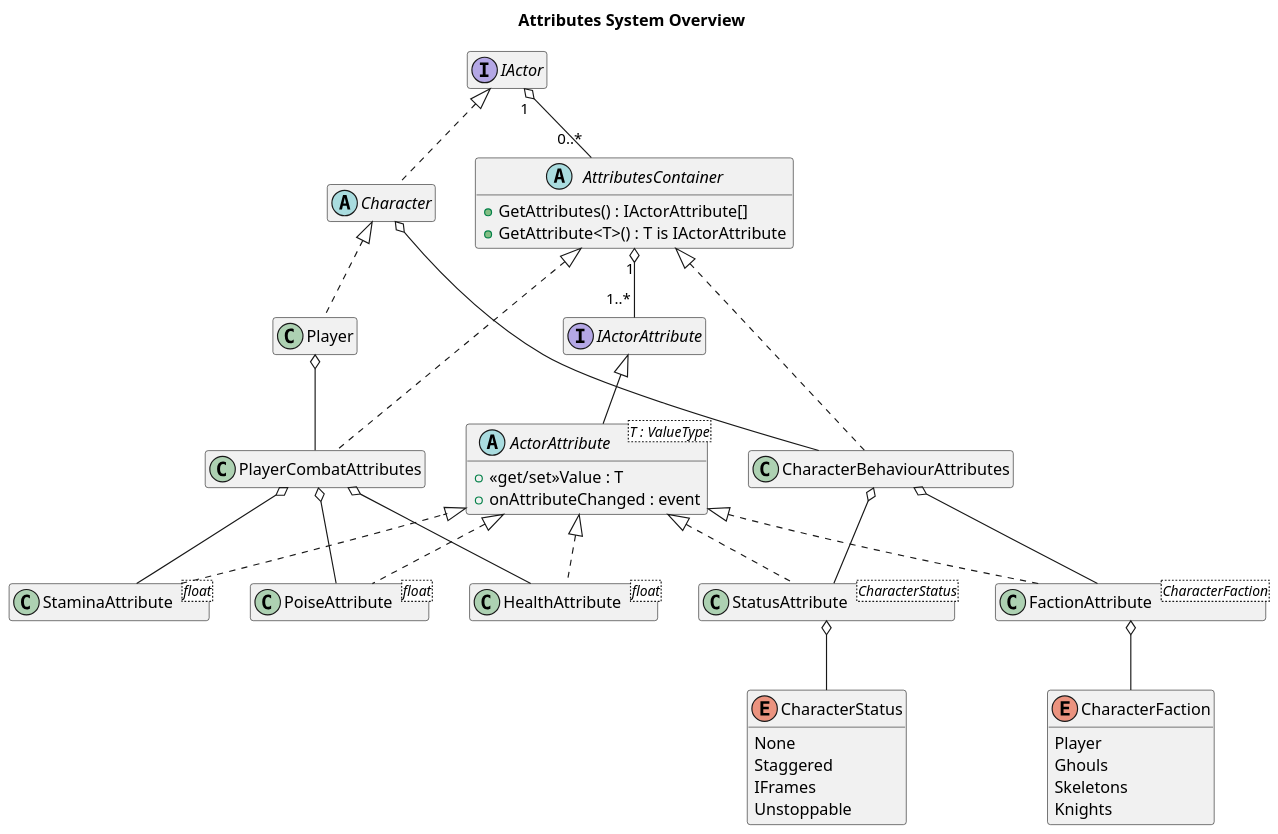
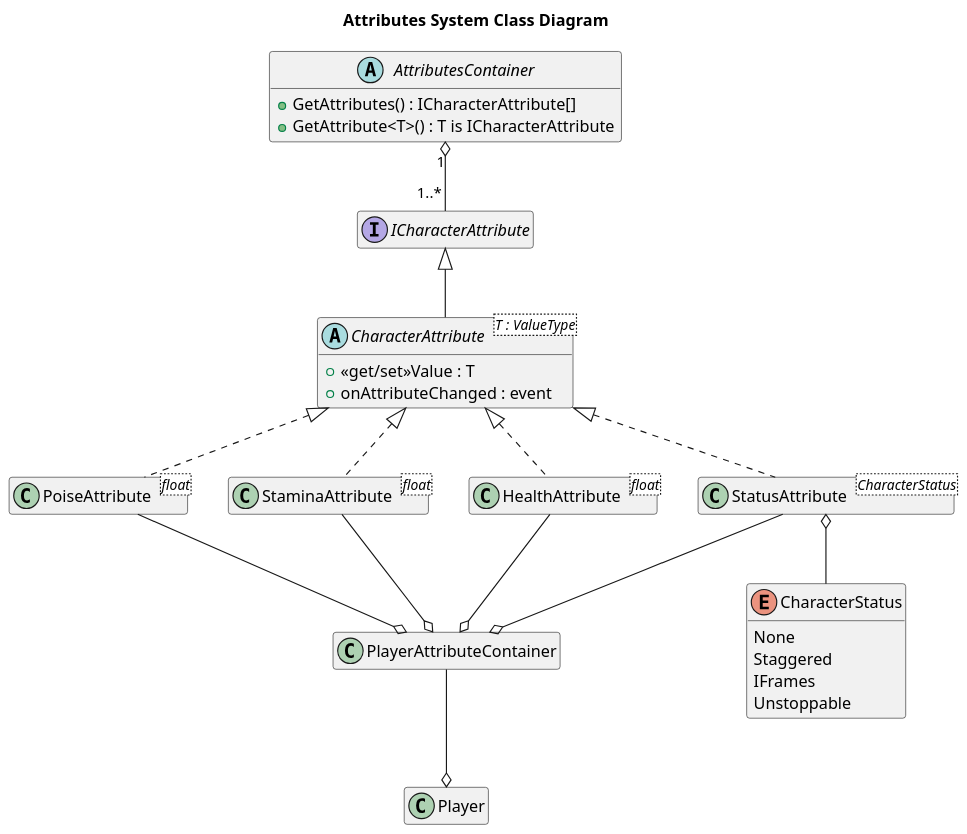
The diagram in docs/uml/Attributes.puml (leotgo/bright-souls), drawn with PlantUML before and after one commit. The commit also changed 4 other files, not shown here.

Commit message:
Update UML diagrams

```diff
--- a/docs/uml/Attributes.puml
+++ b/docs/uml/Attributes.puml
@@ -1,59 +1,42 @@
 @startuml Attributes
-title Attributes System Overview
+title Attributes System Class Diagram
 
-interface IActor 
-IActor "1" o-- "0..*" AttributesContainer
+class Player
+Player o-u- PlayerAttributeContainer
 
-abstract Character implements IActor
-Character o-- CharacterBehaviourAttributes
-
-class Player implements Character
-Player o-- PlayerCombatAttributes
-
-interface IActorAttribute
-abstract ActorAttribute<T : ValueType> extends IActorAttribute  {
+interface ICharacterAttribute {
+}
+abstract CharacterAttribute<T : ValueType> extends ICharacterAttribute  {
     +<<get/set>>Value : T
     +onAttributeChanged : event
 }
 
-class HealthAttribute<float> implements ActorAttribute 
-class StaminaAttribute<float> implements ActorAttribute 
-class PoiseAttribute<float> implements ActorAttribute
-
-enum CharacterFaction {
-    Player
-    Ghouls
-    Skeletons
-    Knights
-}
-class FactionAttribute<CharacterFaction> implements ActorAttribute
-FactionAttribute o-- CharacterFaction
+class HealthAttribute<float> implements CharacterAttribute
+class StaminaAttribute<float> implements CharacterAttribute
+class PoiseAttribute<float> implements CharacterAttribute
 
 enum CharacterStatus {
     None
     Staggered
     IFrames
     Unstoppable
 }
-class StatusAttribute<CharacterStatus> implements ActorAttribute
+class StatusAttribute<CharacterStatus> implements CharacterAttribute
 StatusAttribute o-- CharacterStatus
 
 abstract AttributesContainer
 {
-    +GetAttributes() : IActorAttribute[]
-    +GetAttribute<T>() : T is IActorAttribute
+    +GetAttributes() : ICharacterAttribute[]
+    +GetAttribute<T>() : T is ICharacterAttribute
 }
-AttributesContainer "1" o-- "1..*" IActorAttribute
+AttributesContainer "1" o-- "1..*" ICharacterAttribute
 
-class PlayerCombatAttributes implements AttributesContainer
-PlayerCombatAttributes o-- HealthAttribute
-PlayerCombatAttributes o-- StaminaAttribute
-PlayerCombatAttributes o-- PoiseAttribute
-
-class CharacterBehaviourAttributes implements AttributesContainer 
-CharacterBehaviourAttributes o-- FactionAttribute
-CharacterBehaviourAttributes o-- StatusAttribute
+class PlayerAttributeContainer
+PlayerAttributeContainer o-u- StatusAttribute
+PlayerAttributeContainer o-u- HealthAttribute
+PlayerAttributeContainer o-u- StaminaAttribute
+PlayerAttributeContainer o-u- PoiseAttribute
 
 scale 1.3
 hide empty members
 @enduml
```
